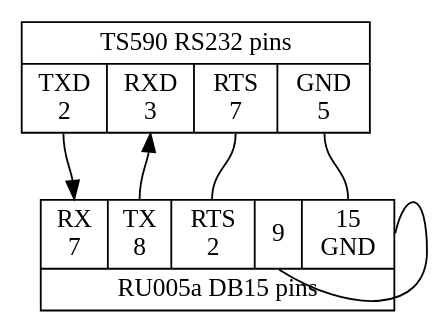
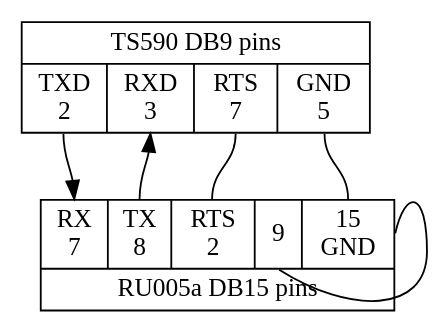
The diagram in rk5d-remote/kenwood-plain/gv/com-ru005a.gv (isemichastnov/hamradio), drawn with Graphviz before and after one commit. The commit also changed 8 other files, not shown here.

```diff
--- a/rk5d-remote/kenwood-plain/gv/com-ru005a.gv
+++ b/rk5d-remote/kenwood-plain/gv/com-ru005a.gv
@@ -1,12 +1,12 @@
 digraph {
-rs232 [shape = record, label = "{TS590 RS232 pins | { <2>TXD\n2 | <3>RXD\n3| <7>RTS\n7 | <5>GND\n5 }}"]
+db9 [shape = record, label = "{TS590 DB9 pins | { <2>TXD\n2 | <3>RXD\n3| <7>RTS\n7 | <5>GND\n5 }}"]
 
 db15 [shape = record, label = "{{ <7>RX\n7 |<8>TX\n8 | <2>RTS\n2 | <9>9 | <15>15\nGND } | RU005a DB15 pins}"]
 
-rs232 : 5 : s -> db15 : 15 : n [arrowhead = none]
-db15 : 8 : n -> rs232 : 3: s
-rs232 : 2 : s -> db15 : 7 : n
-rs232 : 7 : s -> db15 : 2 : n [arrowhead = none]
+db9 : 5 : s -> db15 : 15 : n [arrowhead = none]
+db15 : 8 : n -> db9 : 3: s
+db9 : 2 : s -> db15 : 7 : n
+db9 : 7 : s -> db15 : 2 : n [arrowhead = none]
 
 db15 : 9 : s -> db15: 15 : e [arrowhead = none]
 }
```
